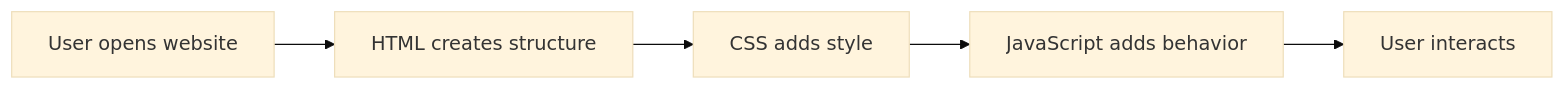
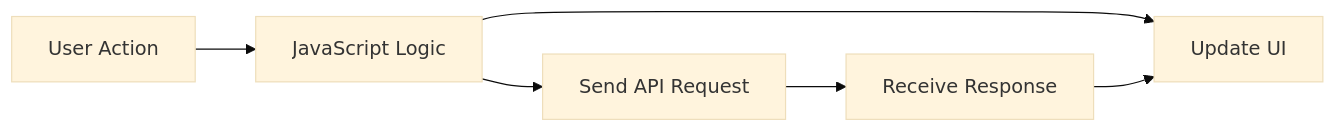
One commit to AbhishekDhone7/javascript-git-basics changed the first of 16 diagrams in JavaScript-Beginners-Guide.md. Above: the diagram before and after it, drawn with Mermaid (base theme). The commit also changed other lines of this file and 1 other file, not shown here.

````diff
--- a/JavaScript-Beginners-Guide.md
+++ b/JavaScript-Beginners-Guide.md
@@ -62,7 +60,8 @@
 ```mermaid
 flowchart LR
-A[User opens website] --> B[HTML creates structure]
-B --> C[CSS adds style]
-C --> D[JavaScript adds behavior]
-D --> E[User interacts]
+A[User Action] --> B[JavaScript Logic]
+B --> C[Update UI]
+B --> D[Send API Request]
+D --> E[Receive Response]
+E --> C
 ```
````
